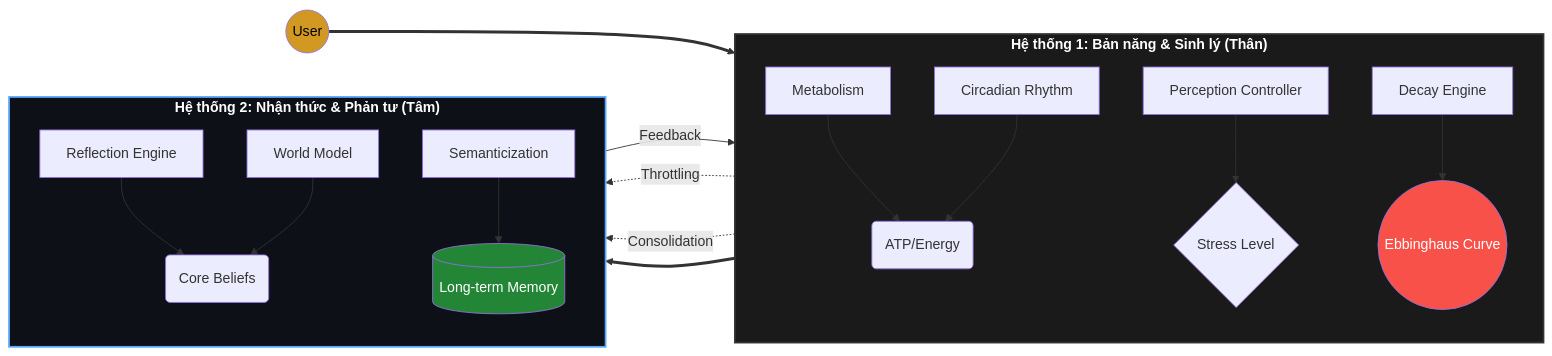
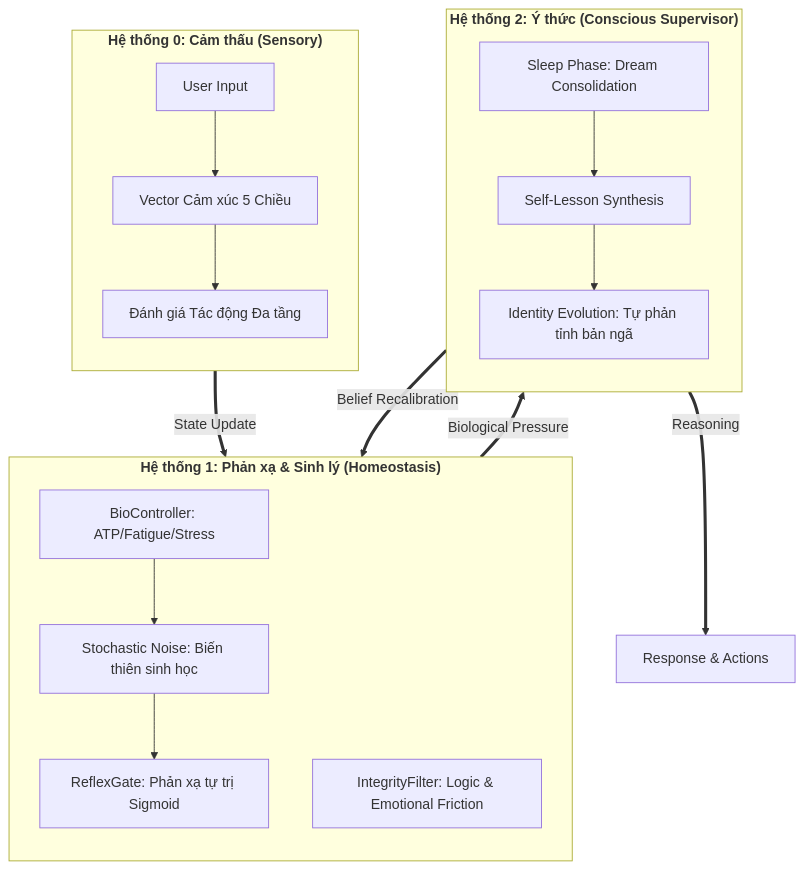
Before and after one commit to DnT1003/AI-agent-biology-memory-simulator: the diagram in README.md, drawn with Mermaid. The commit also changed other lines of this file and 11 other files, not shown here.

Commit message:
feat: implement Neuro-Symbolic Evolution V5.1 with Bio-Stochastic Hybridization, Sensory Preprocessor, and Reflex Gate. Update README and verification tests.

````diff
--- a/README.md
+++ b/README.md
@@ -12,30 +16,26 @@
 ```mermaid
-graph LR
-    subgraph S1 ["<b>Hệ thống 1: Bản năng & Sinh lý (Thân)</b>"]
+graph TD
+    subgraph S0 ["<b>Hệ thống 0: Cảm thấu (Sensory)</b>"]
         direction TB
-        A1[Metabolism] --> B1(ATP/Energy)
-        C1[Circadian Rhythm] --> B1
-        D1[Perception Controller] --> E1{Stress Level}
-        F1[Decay Engine] --> G1((Ebbinghaus Curve))
+        Input[User Input] --> Vector[Vector Cảm xúc 5 Chiều]
+        Vector --> Impact[Đánh giá Tác động Đa tầng]
     end
 
-    subgraph S2 ["<b>Hệ thống 2: Nhận thức & Phản tư (Tâm)</b>"]
+    subgraph S1 ["<b>Hệ thống 1: Phản xạ & Sinh lý (Homeostasis)</b>"]
         direction TB
-        H2[Reflection Engine] --> I2(Core Beliefs)
-        J2[Semanticization] --> K2[(Long-term Memory)]
-        L2[World Model] --> I2
+        Bio[BioController: ATP/Fatigue/Stress] --> Jitter[Stochastic Noise: Biến thiên sinh học]
+        Jitter --> Reflex[ReflexGate: Phản xạ tự trị Sigmoid]
+        Integrity[IntegrityFilter: Logic & Emotional Friction]
     end
 
-    %% Interconnections
-    B1 -.->|Throttling| H2
-    G1 -.->|Consolidation| J2
-    User((User)) ==> D1
-    D1 ==> H2
-    H2 -->|Feedback| D1
+    subgraph S2 ["<b>Hệ thống 2: Ý thức (Conscious Supervisor)</b>"]
+        direction TB
+        Dream[Sleep Phase: Dream Consolidation] --> Lesson[Self-Lesson Synthesis]
+        Lesson --> Identity[Identity Evolution: Tự phản tỉnh bản ngã]
+    end
 
-    style S1 fill:#1a1a1a,stroke:#333,stroke-width:2px,color:#fff
-    style S2 fill:#0d1117,stroke:#58a6ff,stroke-width:2px,color:#fff
-    style G1 fill:#f85149,color:#fff
-    style K2 fill:#238636,color:#fff
-    style User fill:#d29922,color:#000
+    S0 ==>|State Update| S1
+    S1 ==>|Biological Pressure| S2
+    S2 ==>|Belief Recalibration| S1
+    S2 ==>|Reasoning| Output[Response & Actions]
 ```
````
